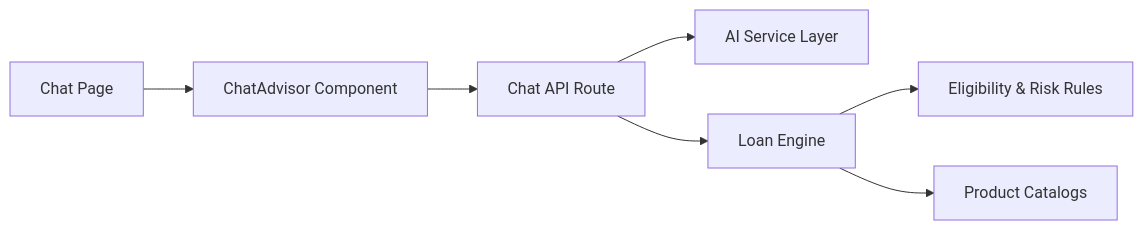
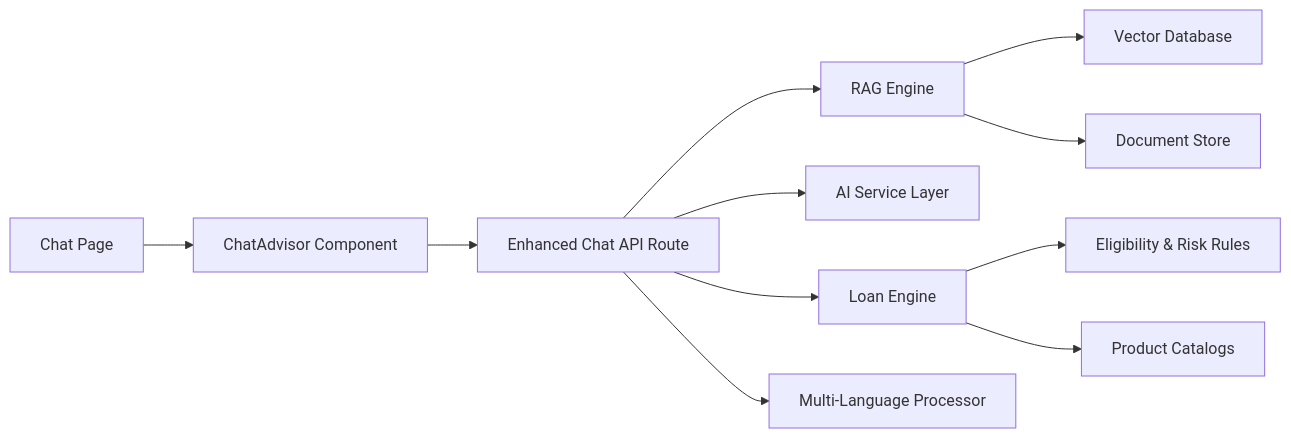
Before and after one commit to alibaba-hackathon-fsi/frontend-vaya: the fourth of 4 diagrams in .qoder/repowiki/en/content/Chat Interface/Chat API Integration.md, drawn with Mermaid. The commit also changed other lines of this file and 36 other files, not shown here.

````diff
--- a/.qoder/repowiki/en/content/Chat Interface/Chat API Integration.md
+++ b/.qoder/repowiki/en/content/Chat Interface/Chat API Integration.md
@@ -249,9 +392,13 @@
 ```mermaid
 graph LR
-API["Chat API Route"] --> AI["AI Service Layer"]
+API["Enhanced Chat API Route"] --> RAG["RAG Engine"]
+API --> AI["AI Service Layer"]
 API --> Engine["Loan Engine"]
+API --> I18N["Multi-Language Processor"]
+RAG --> VectorDB["Vector Database"]
+RAG --> DocStore["Document Store"]
 Engine --> Rules["Eligibility & Risk Rules"]
 Engine --> Products["Product Catalogs"]
 Component["ChatAdvisor Component"] --> API
 Page["Chat Page"] --> Component
 ```
````
